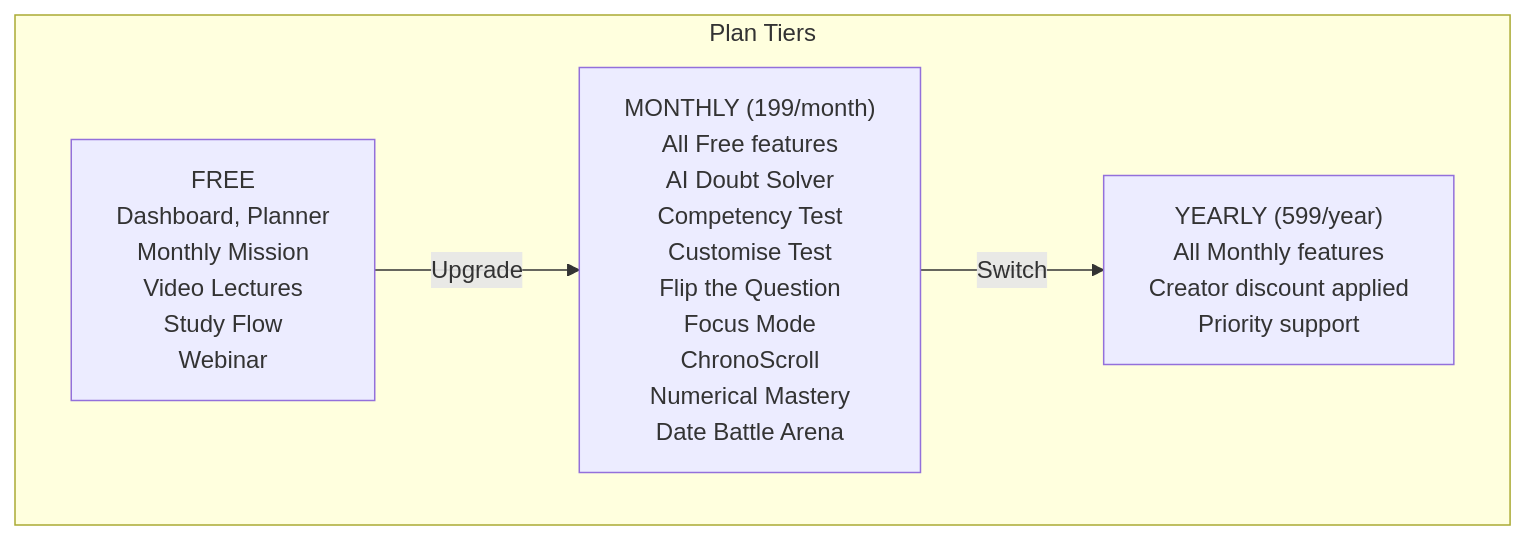
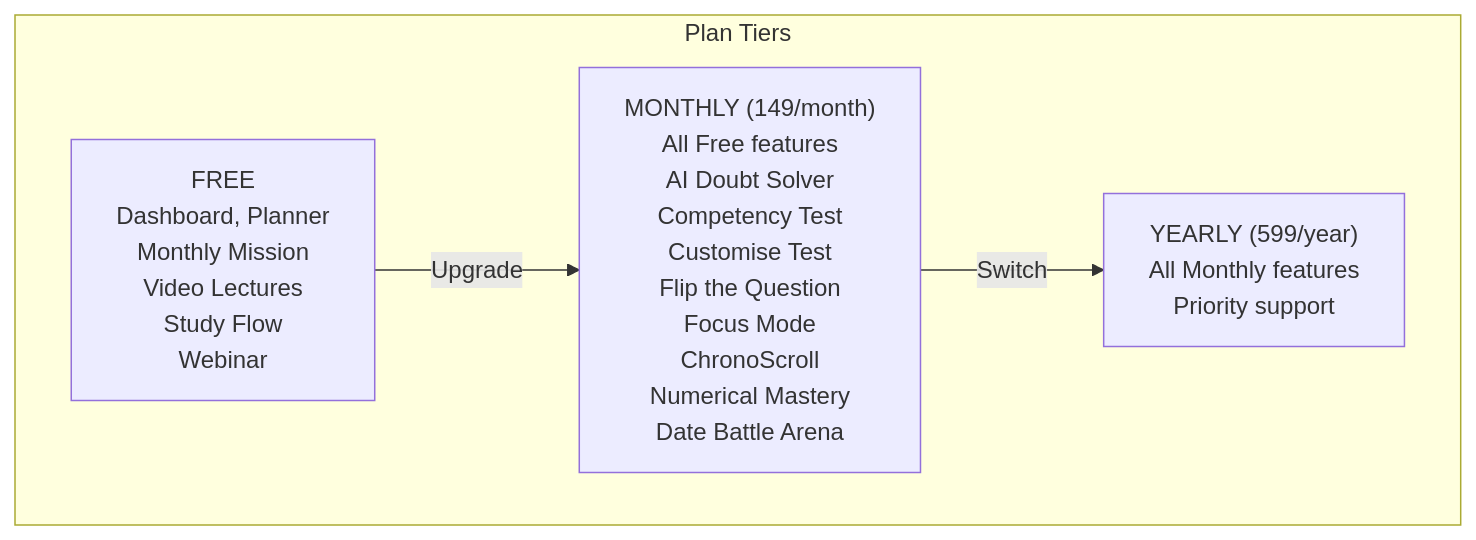
Before and after one commit to harshitcodes1308/savioursai2027: the third of 5 diagrams in README.md, drawn with Mermaid. The commit also changed other lines of this file, not shown here.

Commit message:
docs: update README for 7-step onboarding, Clarify Knowledge partner launch, and 149/month pricing

````diff
--- a/README.md
+++ b/README.md
@@ -243,11 +241,11 @@
 ```mermaid
 graph TD
     subgraph "Plan Tiers"
         Free["FREE\nDashboard, Planner\nMonthly Mission\nVideo Lectures\nStudy Flow\nWebinar"]
-        Monthly["MONTHLY (199/month)\nAll Free features\nAI Doubt Solver\nCompetency Test\nCustomise Test\nFlip the Question\nFocus Mode\nChronoScroll\nNumerical Mastery\nDate Battle Arena"]
-        Yearly["YEARLY (599/year)\nAll Monthly features\nCreator discount applied\nPriority support"]
+        Monthly["MONTHLY (149/month)\nAll Free features\nAI Doubt Solver\nCompetency Test\nCustomise Test\nFlip the Question\nFocus Mode\nChronoScroll\nNumerical Mastery\nDate Battle Arena"]
+        Yearly["YEARLY (599/year)\nAll Monthly features\nPriority support"]
     end
 
     Free -->|"Upgrade"| Monthly
     Monthly -->|"Switch"| Yearly
 ```
````
